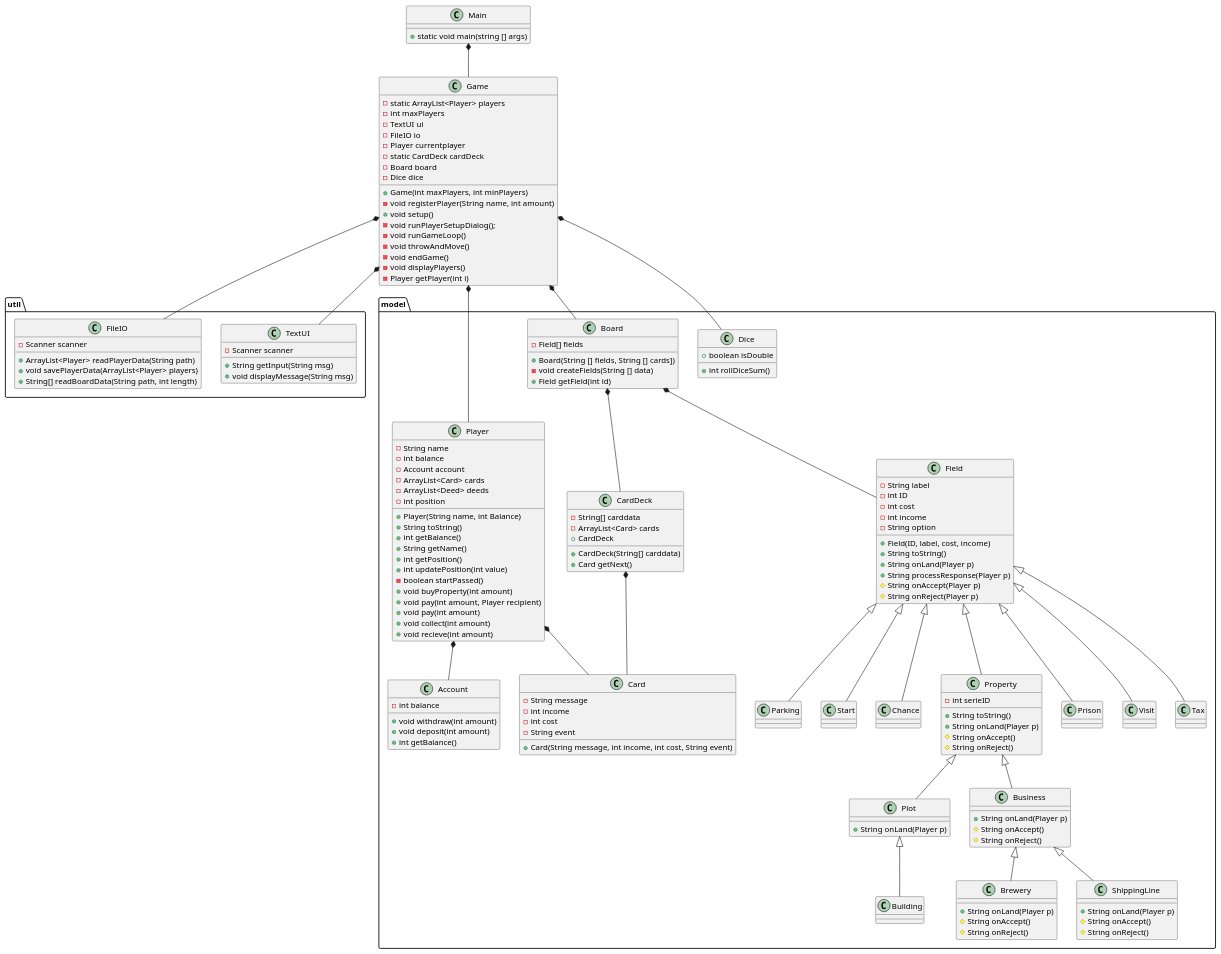
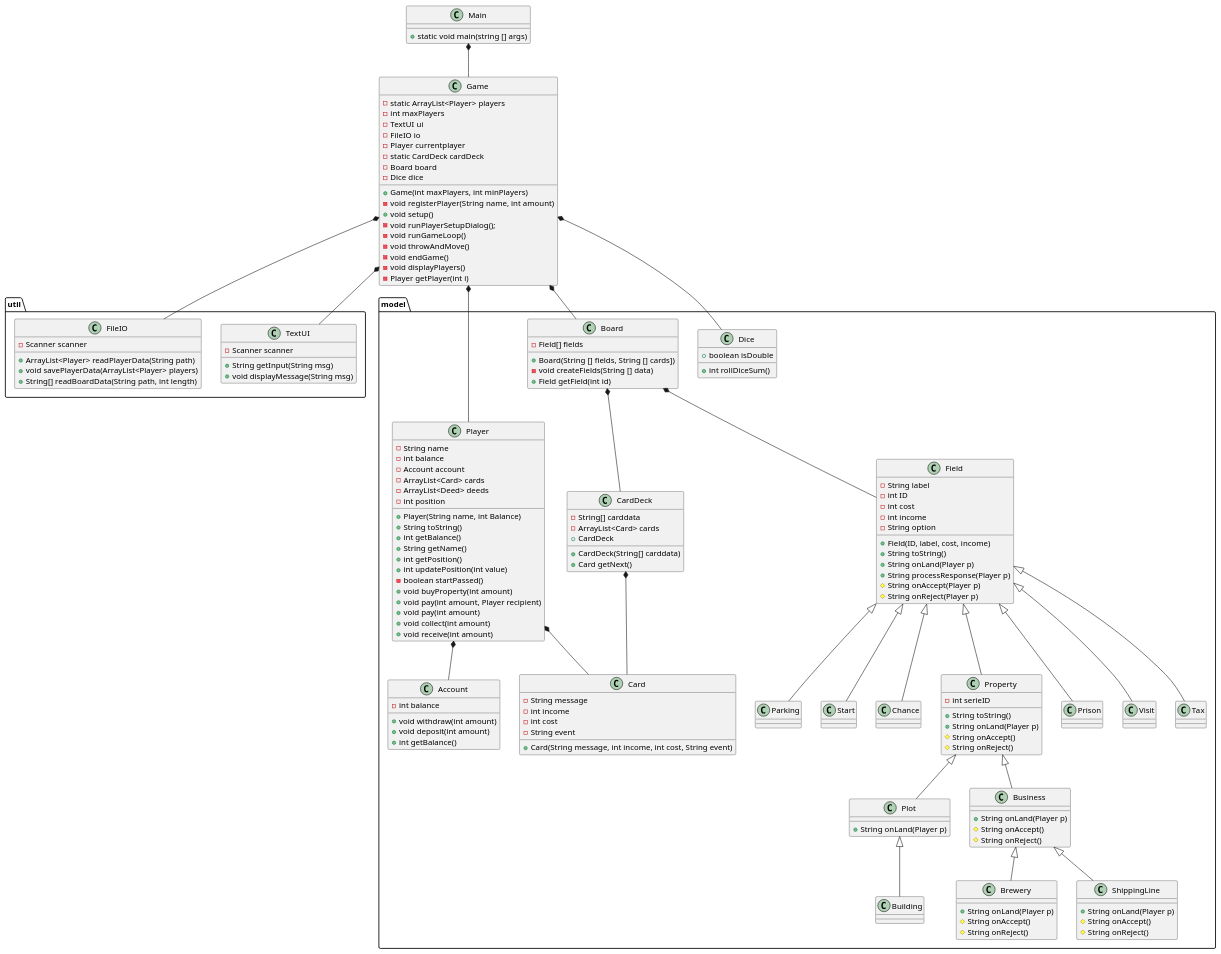
One commit to tessG/Monopoly24 changed the diagram in doc/classdiagram_5.puml. Above: the diagram before and after it, drawn with PlantUML.

```diff
--- a/doc/classdiagram_5.puml
+++ b/doc/classdiagram_5.puml
@@ -1,169 +1,169 @@
 @startuml
 'Domænemodellen giver nye entity klasser
 'Pakker, model og util
 
 
 class Main
 class Game
 package "util"{
     class TextUI
     class FileIO
 }
 
 package "model"{
     class Player
     class Field
       class Dice
       class Account
       class CardDeck
        class Card
       class Board
           class Visit
             class Tax
             class Parking
             class Start
           class Chance
           class Property
           class Prison
           class Plot
           class Building
           class Business
           class ShippingLine
           class Brewery
 }
 
 Main *-- Game
 Game *-- TextUI
 Game *-- FileIO
 Game *-- Player
 Player *-- Account
 Player *-- Card
 Game *--Board
 Game *-- Dice
 Board *-- Field
 Board *-- CardDeck
 CardDeck *-- Card
 Field <|-- Visit
 Field <|-- Tax
 Field <|-- Parking
 Field <|-- Start
 Field <|-- Chance
 Field <|-- Property
 Field <|-- Prison
 Property <|-- Plot
 Plot <|-- Building
 Property <|-- Business
 Business <|-- ShippingLine
 Business <|-- Brewery
 
 
 Main : + static void main(string [] args)
 
 Player  : - String name
 Player  : - int balance
 '---_new-----
 Player : - Account account
 Player : - ArrayList<Card> cards
 Player : - ArrayList<Deed> deeds
 '-----------
 Player  : + Player(String name, int Balance)
 Player : - int position
 Player  : + String toString()
 Player  : + int getBalance()
 Player : + String getName()
 Player : + int getPosition()
 '----new-----
 Player  : +int updatePosition(int value)
 Player : -boolean startPassed()
 Player : + void buyProperty(int amount)
 Player : + void pay(int amount, Player recipient)
 Player : + void pay(int amount)
 Player : + void collect(int amount)
-Player : + void recieve(int amount)
+Player : + void receive(int amount)
 
 '-----------
 Account :  - int balance
 Account  : + void withdraw(int amount)
 Account  : + void deposit(int amount)
 Account  : + int getBalance()
 
 Game : - static ArrayList<Player> players
 Game : - int maxPlayers
 Game : - TextUI ui
 Game : - FileIO io
 Game : - Player currentplayer
 Game : - static CardDeck cardDeck
 Game : - Board board
 Game : - Dice dice
 Game : + Game(int maxPlayers, int minPlayers)
 Game : - void registerPlayer(String name, int amount)
 Game : + void setup()
 Game : - void runPlayerSetupDialog();
 Game : - void runGameLoop()
 Game : - void throwAndMove()
 Game : - void endGame()
 Game : - void displayPlayers()
 Game : - Player getPlayer(int i)
 
 TextUI : + String getInput(String msg)
 TextUI : - Scanner scanner
 TextUI : + void displayMessage(String msg)
 
 
 FileIO : - Scanner scanner
 FileIO : + ArrayList<Player> readPlayerData(String path)
 FileIO : + void savePlayerData(ArrayList<Player> players)
 FileIO : + String[] readBoardData(String path, int length)
 
 Field : - String label
 Field : - int ID
 Field : - int cost
 Field : - int income
 Field : - String option
 Field : + Field(ID, label, cost, income)
 Field : + String toString()
 Field : + String onLand(Player p)
 Field : + String processResponse(Player p)
 Field : # String onAccept(Player p)
 Field : # String onReject(Player p)
 
 
 Property : - int serieID
 Property : + String toString()
 Property : + String onLand(Player p)
 Property : # String onAccept()
 Property : # String onReject()
 
 Plot : + String onLand(Player p)
 Business : + String onLand(Player p)
 Business : # String onAccept()
 Business : # String onReject()
 
 ShippingLine : + String onLand(Player p)
 ShippingLine : # String onAccept()
 ShippingLine : # String onReject()
 
 Brewery : + String onLand(Player p)
 Brewery : # String onAccept()
 Brewery : # String onReject()
 
 Board : - Field[] fields
 Board : + Board(String [] fields, String [] cards])
 Board : - void createFields(String [] data)
 Board : + Field getField(int id)
 
 CardDeck : - String[] carddata
 CardDeck : - ArrayList<Card> cards
 CardDeck : + CardDeck
 CardDeck : + CardDeck(String[] carddata)
 CardDeck : + Card getNext()
 
 Card : -String message
 Card : -int income
 Card : -int cost
 Card : -String event
 Card : +Card(String message, int income, int cost, String event)
 
 Dice : +boolean isDouble
 Dice : +int rollDiceSum()
 @enduml
```
